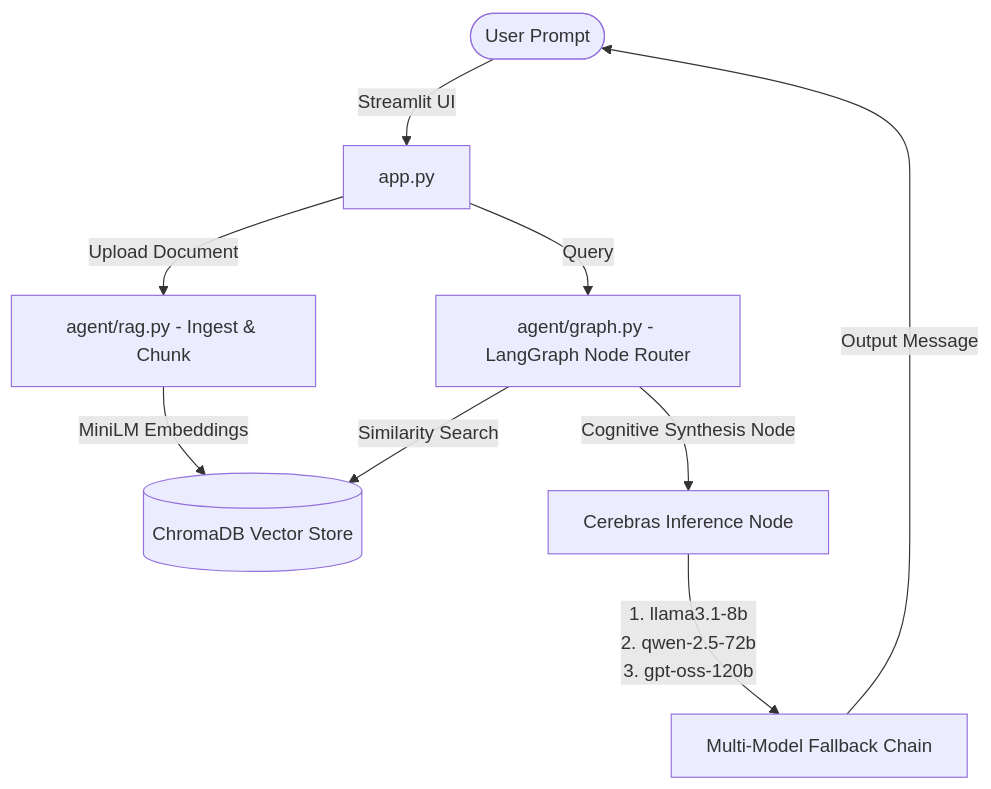
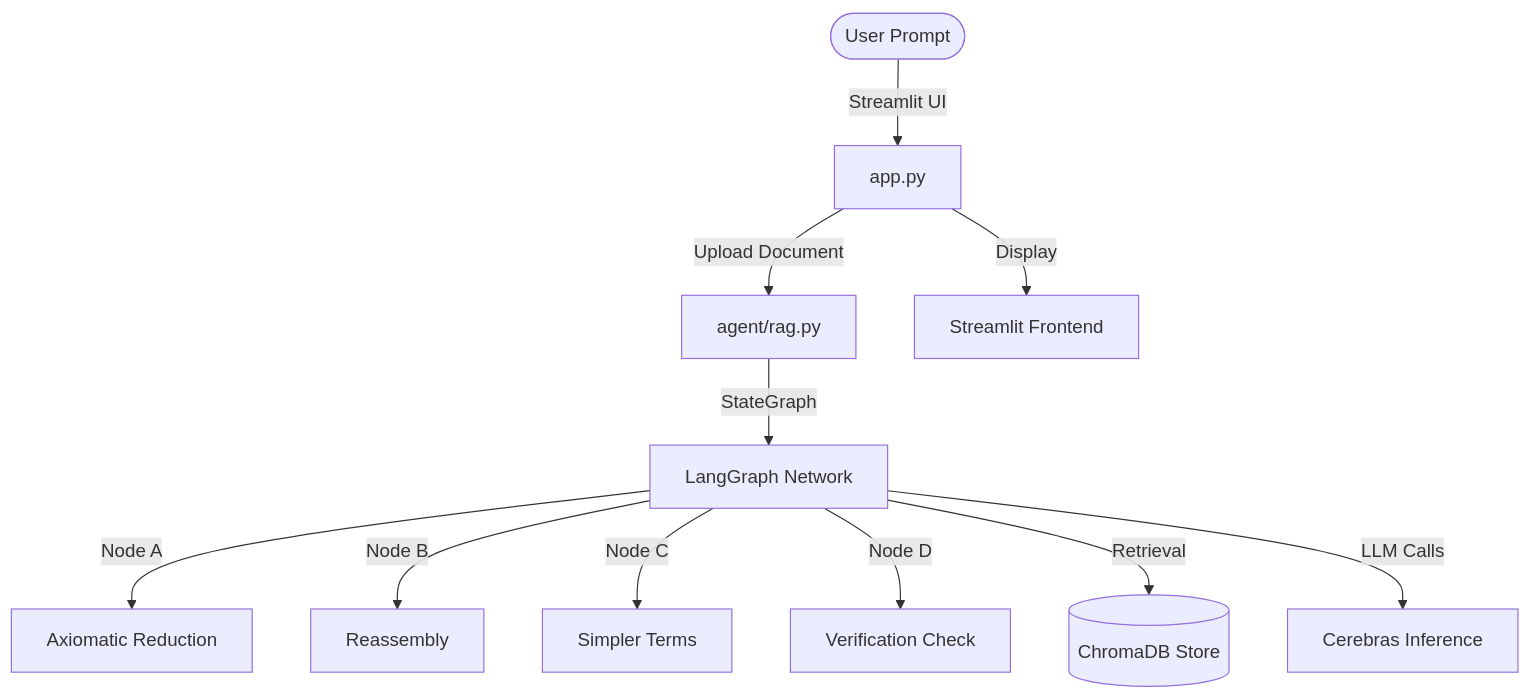
Before and after one commit to MdSadman20040812/ProjectAegis: the diagram in README.md, drawn with Mermaid. The commit also changed other lines of this file, not shown here.

````diff
--- a/README.md
+++ b/README.md
@@ -48,11 +49,13 @@
 ```mermaid
 graph TD
     User([User Prompt]) -->|Streamlit UI| App[app.py]
-    App -->|Upload Document| RAG[agent/rag.py - Ingest & Chunk]
-    RAG -->|MiniLM Embeddings| VectorStore[(ChromaDB Vector Store)]
-    App -->|Query| Graph[agent/graph.py - LangGraph Node Router]
-    Graph -->|Similarity Search| VectorStore
-    Graph -->|Cognitive Synthesis Node| Cerebras[Cerebras Inference Node]
-    Cerebras -->|1. llama3.1-8b <br> 2. qwen-2.5-72b <br> 3. gpt-oss-120b| LLMResponse[Multi-Model Fallback Chain]
-    LLMResponse -->|Output Message| User
+    App -->|Upload Document| RAG[agent/rag.py]
+    RAG -->|StateGraph| LangGraph[LangGraph Network]
+    LangGraph -->|Node A| A[Axiomatic Reduction]
+    LangGraph -->|Node B| B[Reassembly]
+    LangGraph -->|Node C| C[Simpler Terms]
+    LangGraph -->|Node D| D[Verification Check]
+    LangGraph -->|Retrieval| ChromaDB[(ChromaDB Store)]
+    LangGraph -->|LLM Calls| Cerebras[Cerebras Inference]
+    App -->|Display| UI[Streamlit Frontend]
 ```
````
